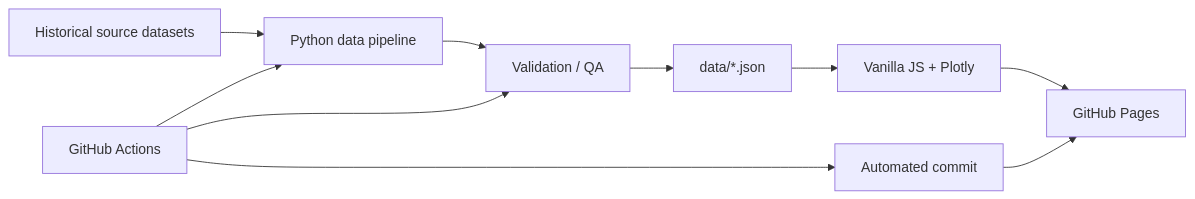
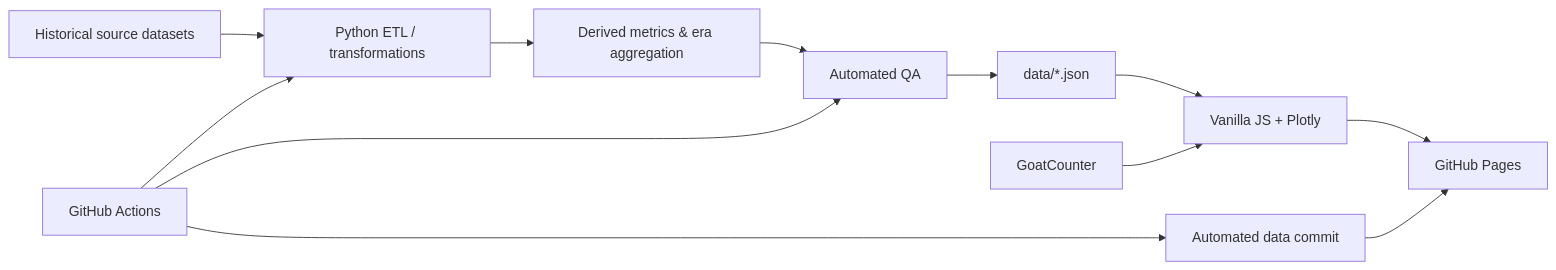
Before and after one commit to thalesandradepereira/nba-analytics: the diagram in README.md, drawn with Mermaid. The commit also changed other lines of this file, not shown here.

````diff
--- a/README.md
+++ b/README.md
@@ -193,12 +261,16 @@
 ```mermaid
 flowchart LR
-    A[Historical source datasets] --> B[Python data pipeline]
-    B --> C[Validation / QA]
-    C --> D[data/*.json]
-    D --> E[Vanilla JS + Plotly]
-    E --> F[GitHub Pages]
-    G[GitHub Actions] --> B
-    G --> C
-    G --> H[Automated commit]
-    H --> F
+    A[Historical source datasets] --> B[Python ETL / transformations]
+    B --> C[Derived metrics & era aggregation]
+    C --> D[Automated QA]
+    D --> E[data/*.json]
+    E --> F[Vanilla JS + Plotly]
+    F --> G[GitHub Pages]
+
+    H[GitHub Actions] --> B
+    H --> D
+    H --> I[Automated data commit]
+    I --> G
+
+    J[GoatCounter] --> F
 ```
````
